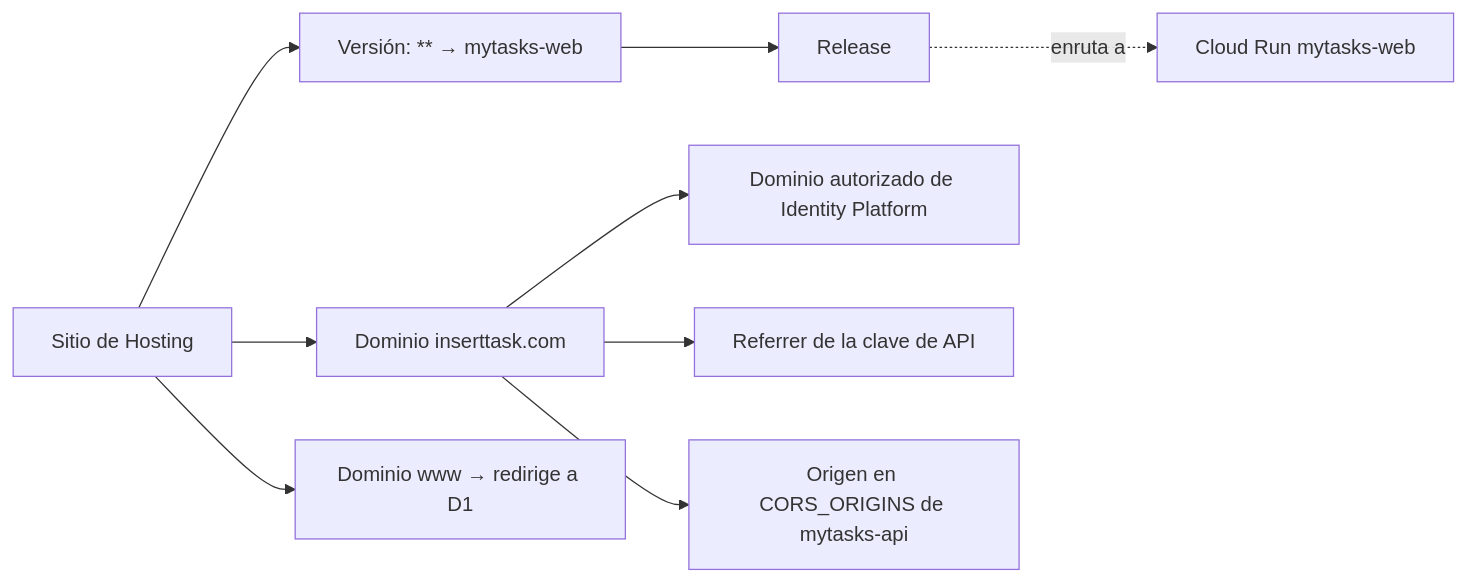
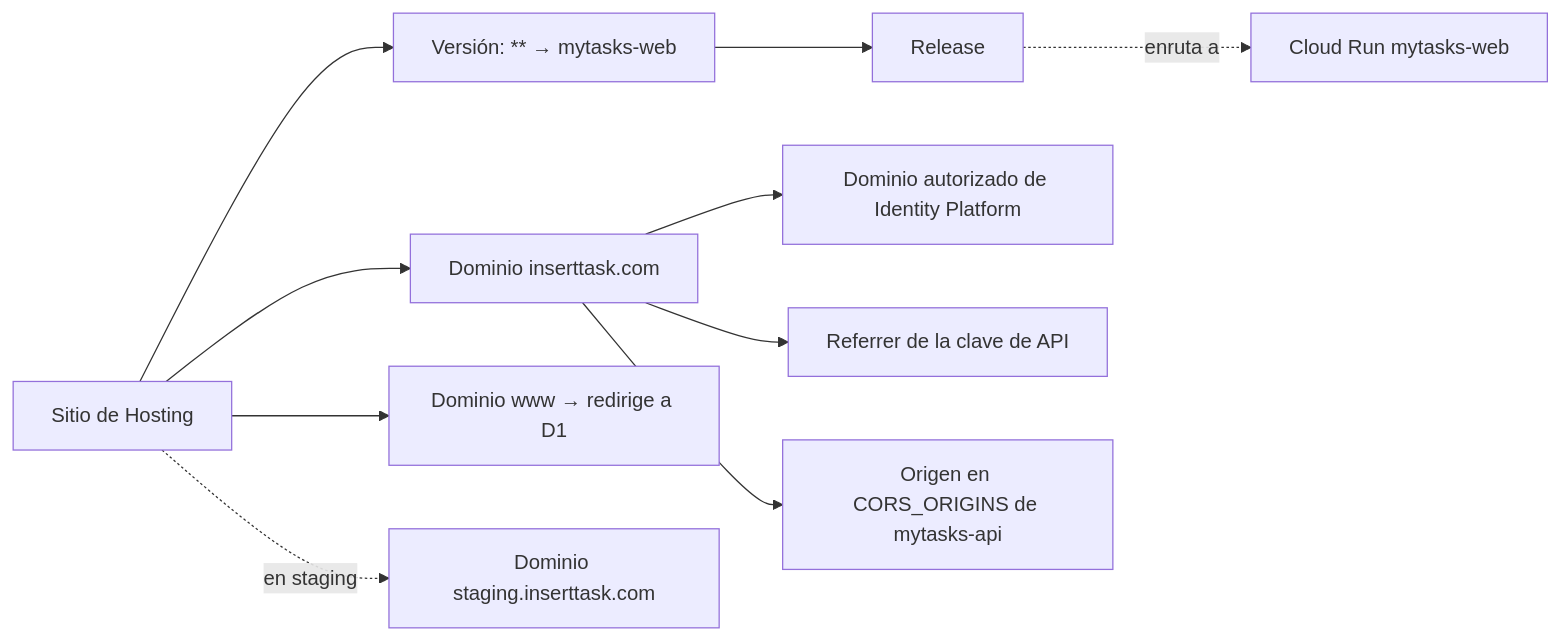
One commit to pcodlcruz/my-tasks changed the second of 2 diagrams in specs/005-custom-domain/data-model.md. Above: the diagram before and after it, drawn with Mermaid. The commit also changed other lines of this file and 7 other files, not shown here.

````diff
--- a/specs/005-custom-domain/data-model.md
+++ b/specs/005-custom-domain/data-model.md
@@ -82,11 +83,12 @@
 ```mermaid
 flowchart LR
     S[Sitio de Hosting] --> V[Versión: ** → mytasks-web]
     V --> R[Release]
     S --> D1[Dominio inserttask.com]
     S --> D2[Dominio www → redirige a D1]
+    S -. en staging .-> D3[Dominio staging.inserttask.com]
     R -. enruta a .-> W[Cloud Run mytasks-web]
     D1 --> A[Dominio autorizado de Identity Platform]
     D1 --> K[Referrer de la clave de API]
     D1 --> C[Origen en CORS_ORIGINS de mytasks-api]
 ```
````
